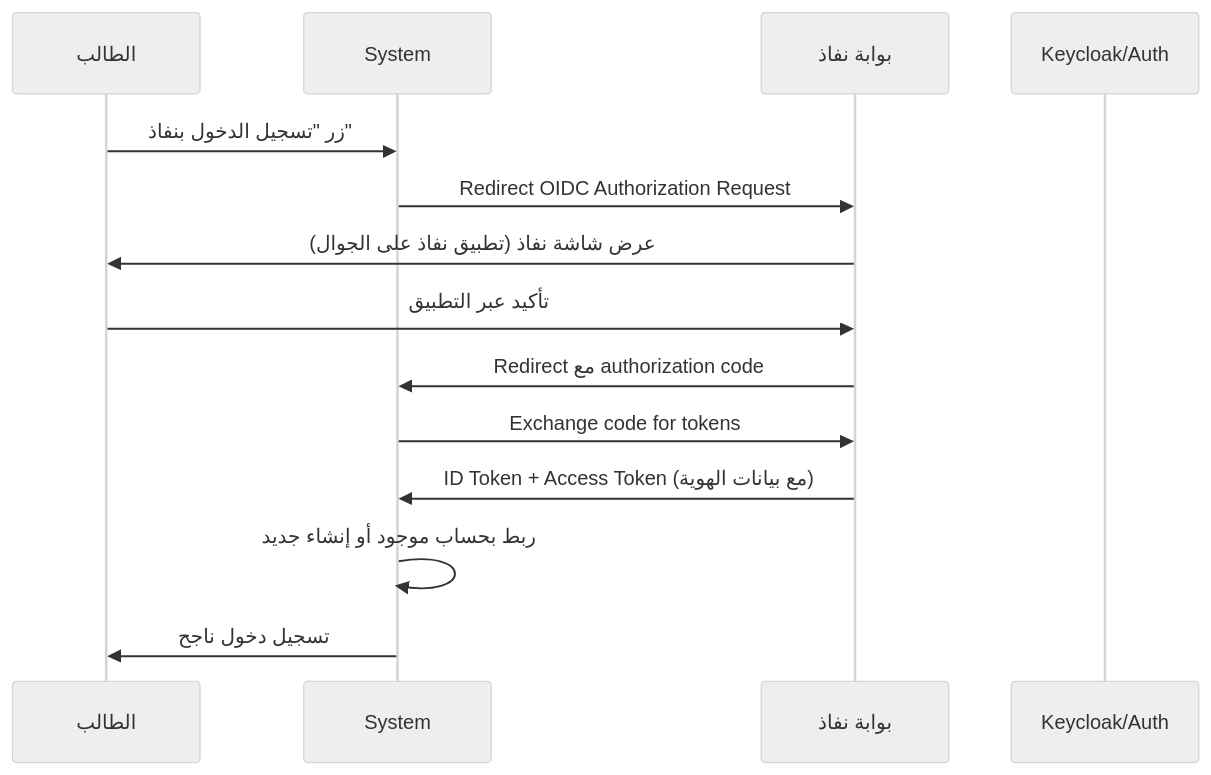
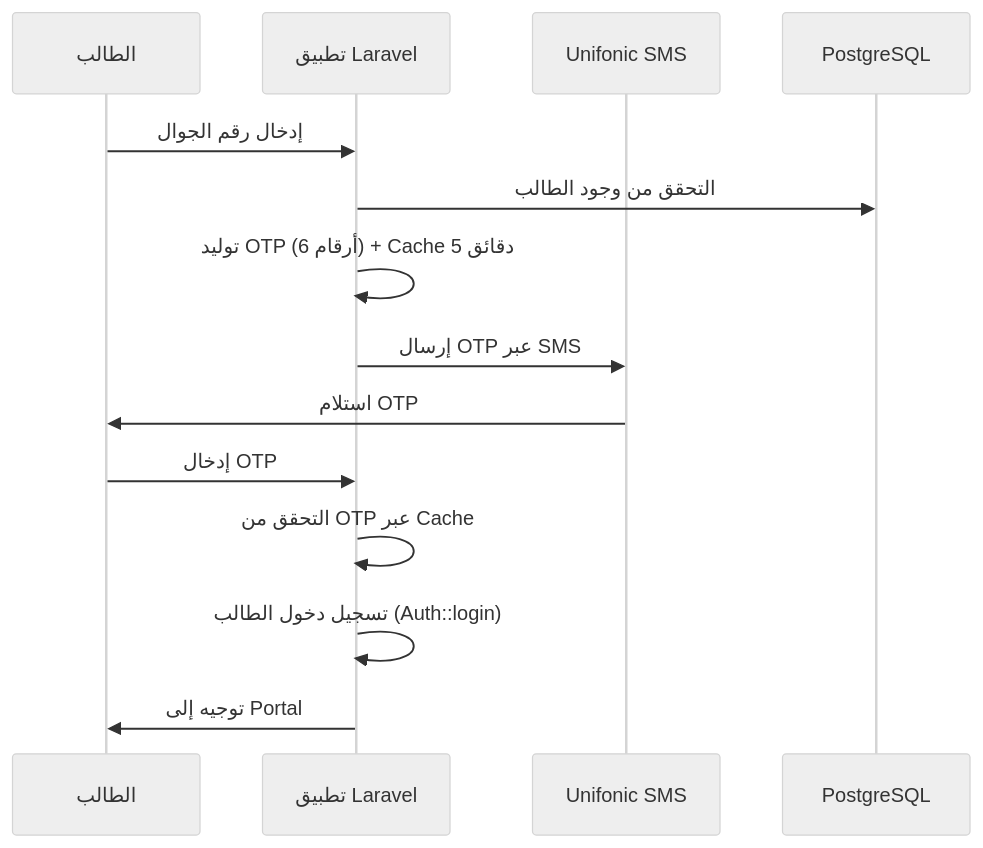
One commit to alharbib902-del/technical-handover changed the second of 7 diagrams in مسودات-الوكلاء/الجزء-03-التكاملات-والأمان-والأداء.md. Above: the diagram before and after it, drawn with Mermaid (neutral theme). The commit also changed other lines of this file and 22 other files, not shown here.

````diff
--- a/مسودات-الوكلاء/الجزء-03-التكاملات-والأمان-والأداء.md
+++ b/مسودات-الوكلاء/الجزء-03-التكاملات-والأمان-والأداء.md
@@ -350,17 +526,17 @@
 ```mermaid
 sequenceDiagram
     participant U as الطالب
-    participant A as System
-    participant N as بوابة نفاذ
-    participant K as Keycloak/Auth
+    participant A as تطبيق Laravel
+    participant S as Unifonic SMS
+    participant D as PostgreSQL
 
-    U->>A: زر "تسجيل الدخول بنفاذ"
-    A->>N: Redirect OIDC Authorization Request
-    N->>U: عرض شاشة نفاذ (تطبيق نفاذ على الجوال)
-    U->>N: تأكيد عبر التطبيق
-    N->>A: Redirect مع authorization code
-    A->>N: Exchange code for tokens
-    N->>A: ID Token + Access Token (مع بيانات الهوية)
-    A->>A: ربط بحساب موجود أو إنشاء جديد
-    A->>U: تسجيل دخول ناجح
+    U->>A: إدخال رقم الجوال
+    A->>D: التحقق من وجود الطالب
+    A->>A: توليد OTP (6 أرقام) + Cache 5 دقائق
+    A->>S: إرسال OTP عبر SMS
+    S->>U: استلام OTP
+    U->>A: إدخال OTP
+    A->>A: التحقق من OTP عبر Cache
+    A->>A: تسجيل دخول الطالب (Auth::login)
+    A->>U: توجيه إلى Portal
 ```
````
